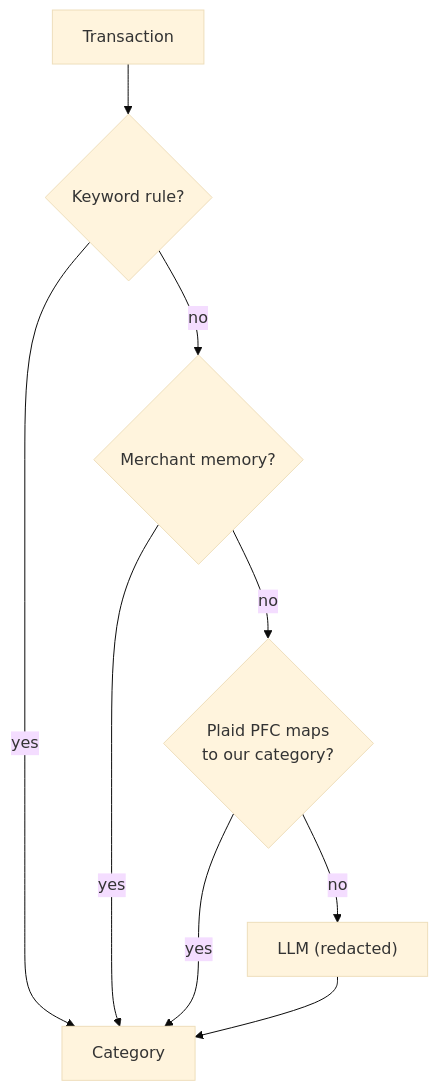
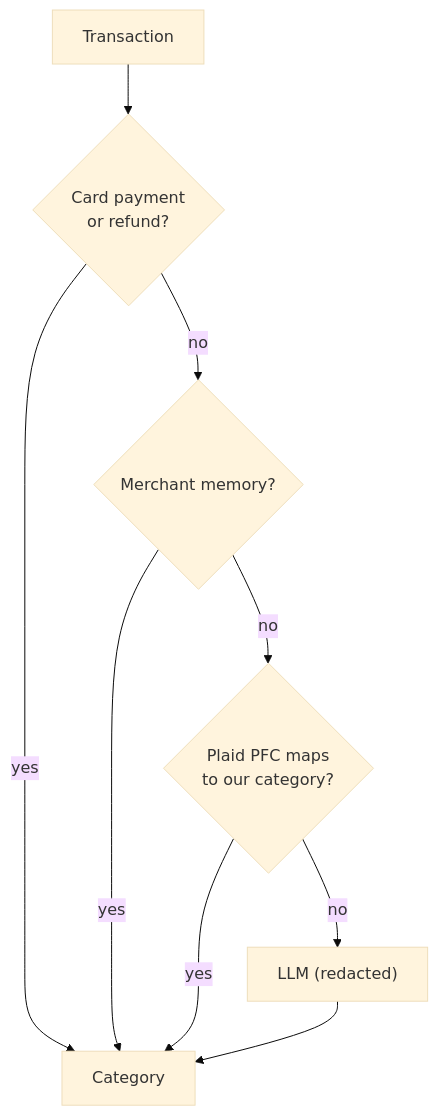
The third of 3 diagrams in documents/plaid-ideas.md (alessandrofelici/spending-tracker), drawn with Mermaid (base theme) before and after one commit. The commit also changed other lines of this file and 21 other files, not shown here.

````diff
--- a/documents/plaid-ideas.md
+++ b/documents/plaid-ideas.md
@@ -98,10 +119,10 @@
 ```mermaid
 flowchart TD
-    T["Transaction"] --> R{"Keyword rule?"}
+    T["Transaction"] --> R{"Card payment<br/>or refund?"}
     R -- yes --> Done["Category"]
     R -- no --> Mem{"Merchant memory?"}
     Mem -- yes --> Done
     Mem -- no --> PFC{"Plaid PFC maps<br/>to our category?"}
     PFC -- yes --> Done
     PFC -- no --> LLM["LLM (redacted)"] --> Done
 ```
````
